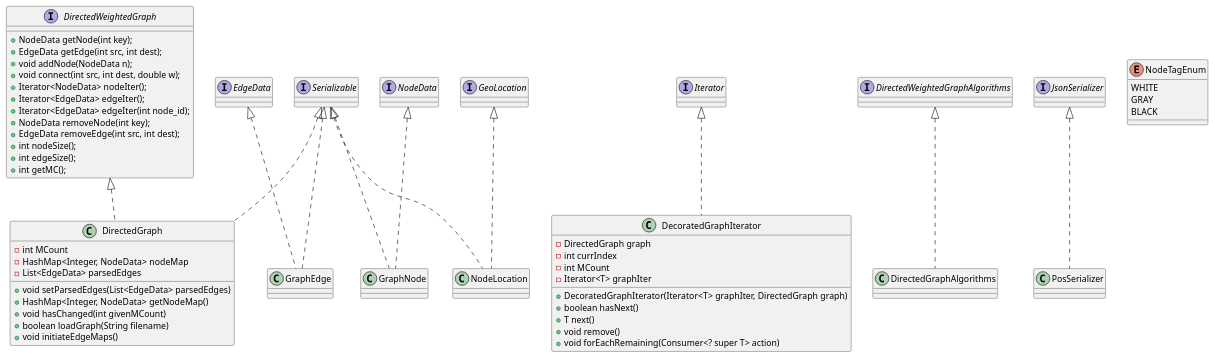
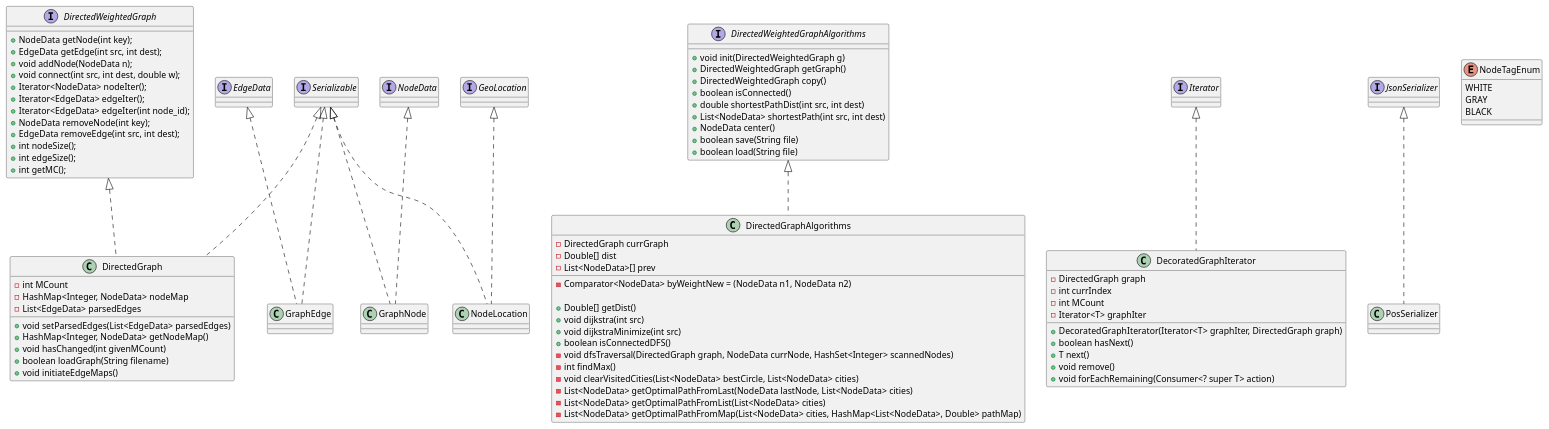
One commit to OriHoward/oop-ex2 changed the diagram in ProjectUML.puml. Above: the diagram before and after it, drawn with PlantUML. The commit also changed 1 other file, not shown here.

```diff
--- a/ProjectUML.puml
+++ b/ProjectUML.puml
@@ -1,72 +1,99 @@
 @startuml
 'https://plantuml.com/class-diagram
 
 interface DirectedWeightedGraph{
     + NodeData getNode(int key);
     + EdgeData getEdge(int src, int dest);
     + void addNode(NodeData n);
     + void connect(int src, int dest, double w);
     + Iterator<NodeData> nodeIter();
     + Iterator<EdgeData> edgeIter();
     + Iterator<EdgeData> edgeIter(int node_id);
     + NodeData removeNode(int key);
     + EdgeData removeEdge(int src, int dest);
     + int nodeSize();
     + int edgeSize();
     + int getMC();
+}
+
+interface DirectedWeightedGraphAlgorithms{
+
+    + void init(DirectedWeightedGraph g)
+    + DirectedWeightedGraph getGraph()
+    + DirectedWeightedGraph copy()
+    + boolean isConnected()
+    + double shortestPathDist(int src, int dest)
+    + List<NodeData> shortestPath(int src, int dest)
+    + NodeData center()
+    + boolean save(String file)
+    + boolean load(String file)
 }
 
 class DecoratedGraphIterator implements Iterator{
     - DirectedGraph graph
     - int currIndex
     - int MCount
     - Iterator<T> graphIter
 
     + DecoratedGraphIterator(Iterator<T> graphIter, DirectedGraph graph)
     + boolean hasNext()
     + T next()
     + void remove()
     + void forEachRemaining(Consumer<? super T> action)
 }
 
 class DirectedGraph implements DirectedWeightedGraph, Serializable {
 
     - int MCount
     - HashMap<Integer, NodeData> nodeMap
     - List<EdgeData> parsedEdges
 
     + void setParsedEdges(List<EdgeData> parsedEdges)
     + HashMap<Integer, NodeData> getNodeMap()
     + void hasChanged(int givenMCount)
     + boolean loadGraph(String filename)
     + void initiateEdgeMaps()
 
 }
 
 class DirectedGraphAlgorithms implements DirectedWeightedGraphAlgorithms {
+    - DirectedGraph currGraph
+    - Double[] dist
+    - List<NodeData>[] prev
+    - Comparator<NodeData> byWeightNew = (NodeData n1, NodeData n2)
 
+    + Double[] getDist()
+    + void dijkstra(int src)
+    + void dijkstraMinimize(int src)
+    + boolean isConnectedDFS()
+    - void dfsTraversal(DirectedGraph graph, NodeData currNode, HashSet<Integer> scannedNodes)
+    - int findMax()
+    - void clearVisitedCities(List<NodeData> bestCircle, List<NodeData> cities)
+    - List<NodeData> getOptimalPathFromLast(NodeData lastNode, List<NodeData> cities)
+    - List<NodeData> getOptimalPathFromList(List<NodeData> cities)
+    - List<NodeData> getOptimalPathFromMap(List<NodeData> cities, HashMap<List<NodeData>, Double> pathMap)
 }
 
 class GraphEdge implements EdgeData, Serializable {
 
 }
 
 class GraphNode implements NodeData, Serializable {
 
 }
 
 class NodeLocation implements GeoLocation, Serializable {
 
 }
 
 class PosSerializer implements JsonSerializer {
 }
 
 enum NodeTagEnum {
 WHITE
 GRAY
 BLACK
 }
 
 
 @enduml
```
